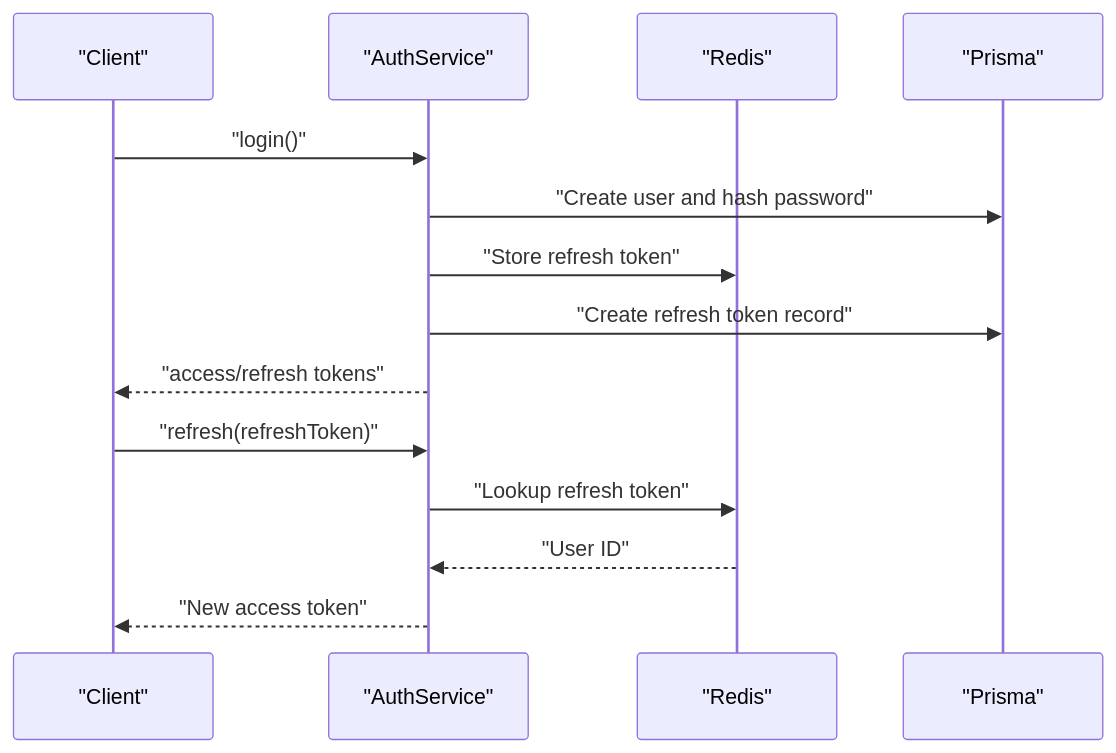
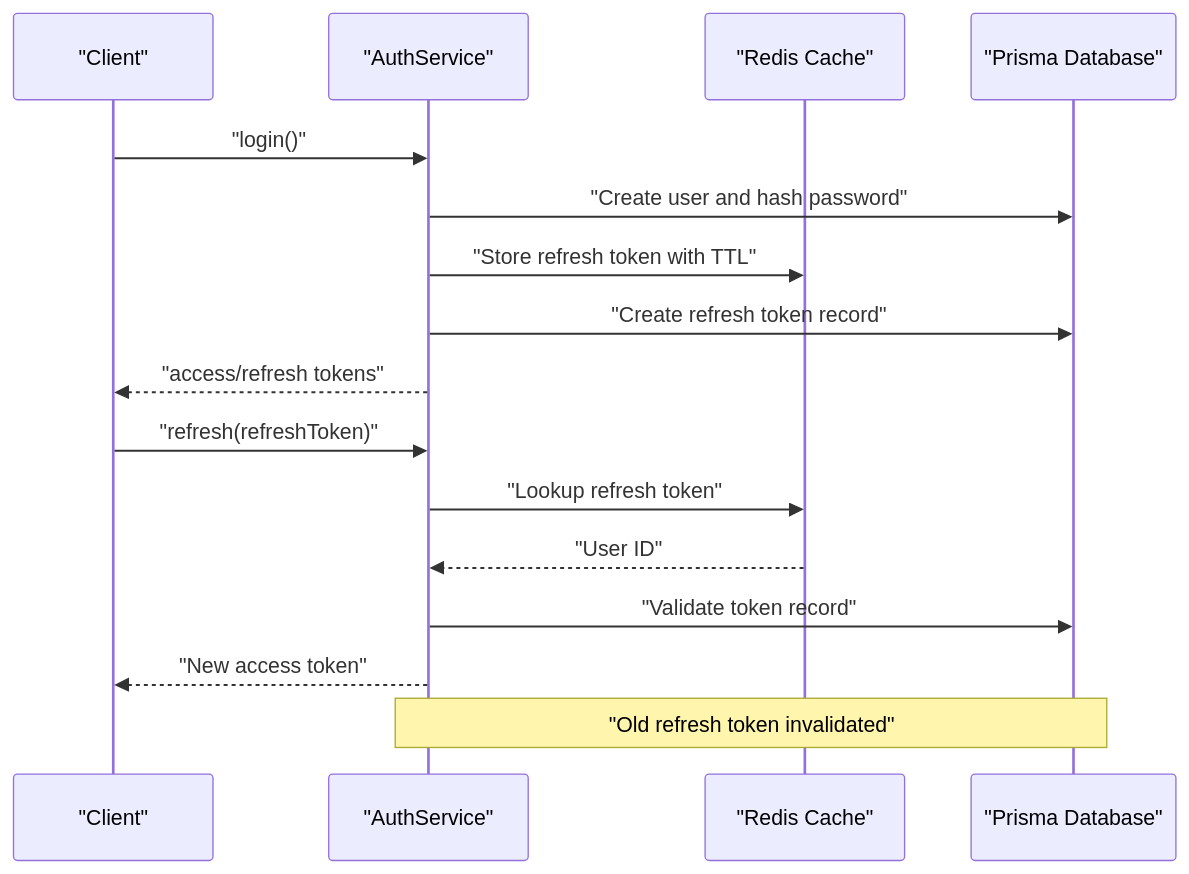
Before and after one commit to Avi-Bendetsky/Quiz-to-build: the sixth of 8 diagrams in .qoder/repowiki/en/content/Advanced Topics/Security Hardening.md, drawn with Mermaid. The commit also changed other lines of this file and 41 other files, not shown here.

````diff
--- a/.qoder/repowiki/en/content/Advanced Topics/Security Hardening.md
+++ b/.qoder/repowiki/en/content/Advanced Topics/Security Hardening.md
@@ -254,16 +325,18 @@
 ```mermaid
 sequenceDiagram
 participant Client as "Client"
 participant Auth as "AuthService"
-participant Redis as "Redis"
-participant DB as "Prisma"
+participant Redis as "Redis Cache"
+participant DB as "Prisma Database"
 Client->>Auth : "login()"
 Auth->>DB : "Create user and hash password"
-Auth->>Redis : "Store refresh token"
+Auth->>Redis : "Store refresh token with TTL"
 Auth->>DB : "Create refresh token record"
 Auth-->>Client : "access/refresh tokens"
 Client->>Auth : "refresh(refreshToken)"
 Auth->>Redis : "Lookup refresh token"
 Redis-->>Auth : "User ID"
+Auth->>DB : "Validate token record"
 Auth-->>Client : "New access token"
+Note over Auth,DB : "Old refresh token invalidated"
 ```
````
